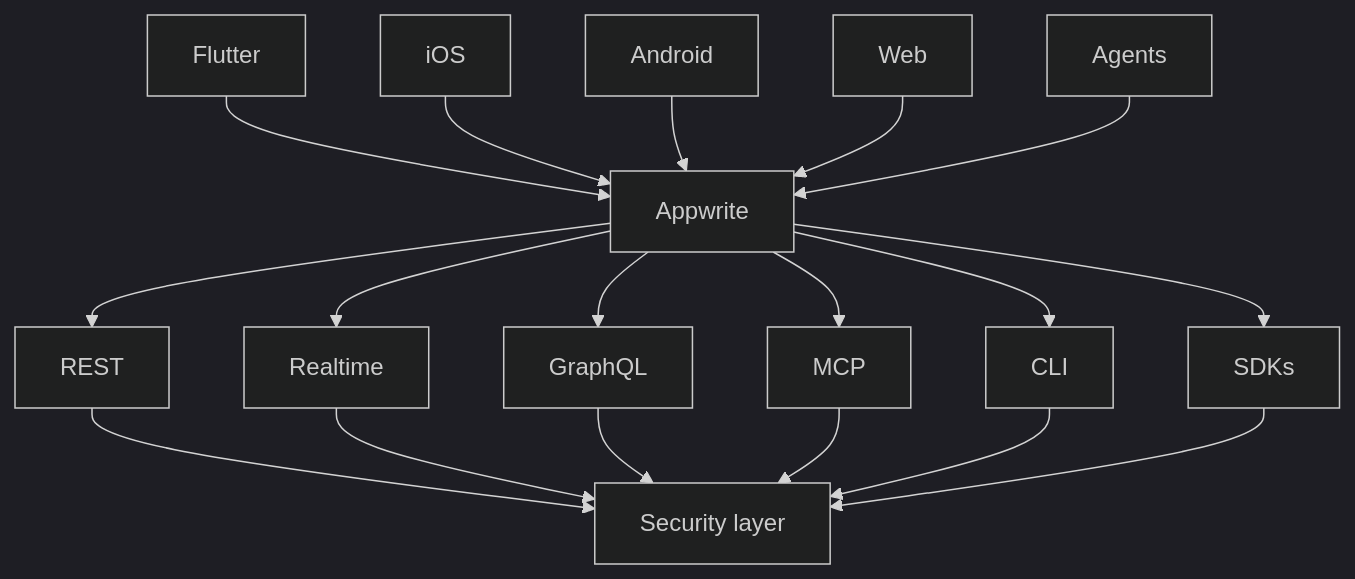
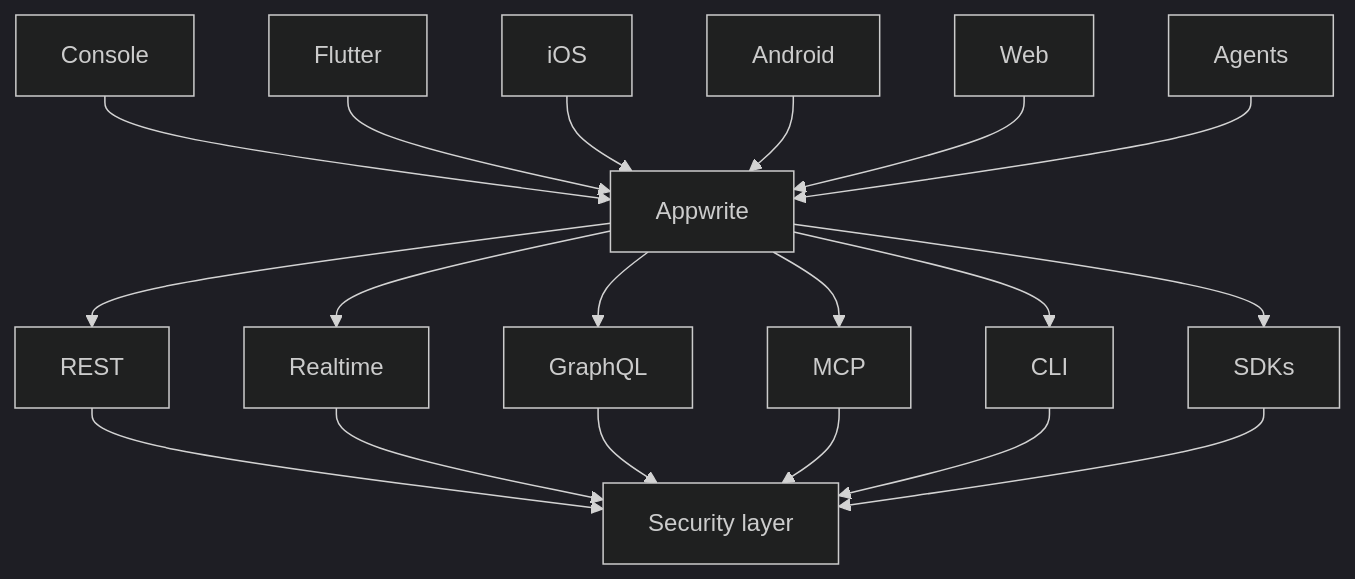
One commit to appwrite/appwrite changed the diagram in README-CN.md. Above: the diagram before and after it, drawn with Mermaid (dark theme). The commit also changed 1 other file, not shown here.

Commit message:
docs: add Console to the architecture clients row

````diff
--- a/README-CN.md
+++ b/README-CN.md
@@ -215,6 +215,6 @@
 ```mermaid
 flowchart TB
-  Flutter & iOS & Android & Web & Agents --> Appwrite
+  Console & Flutter & iOS & Android & Web & Agents --> Appwrite
   Appwrite --> REST & Realtime & GraphQL & MCP & CLI & SDKs
   REST & Realtime & GraphQL & MCP & CLI & SDKs --> securityLayer[Security layer]
 ```
````
